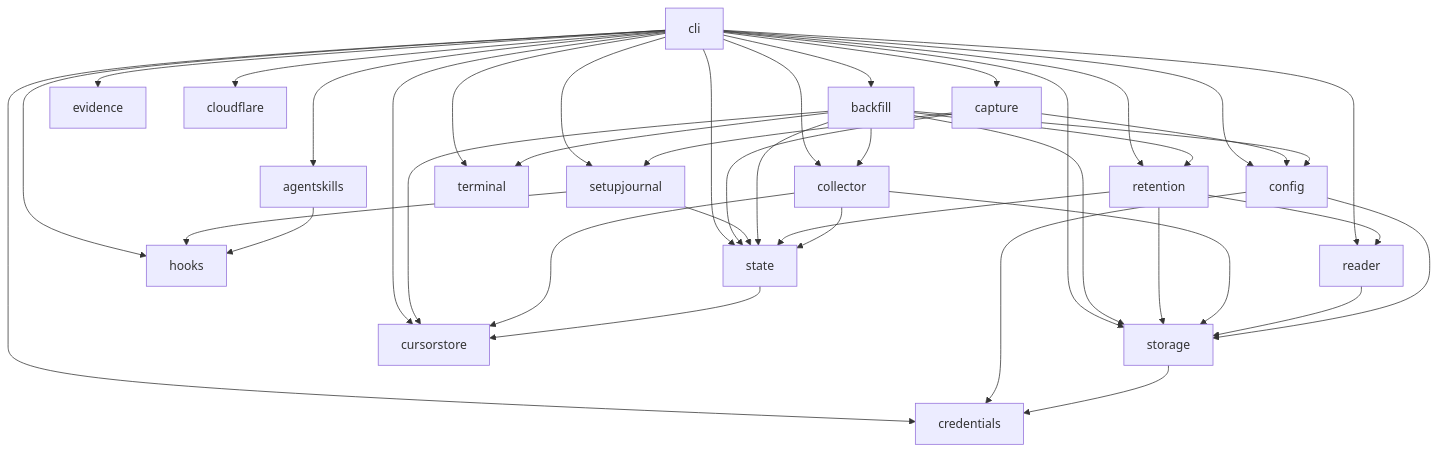
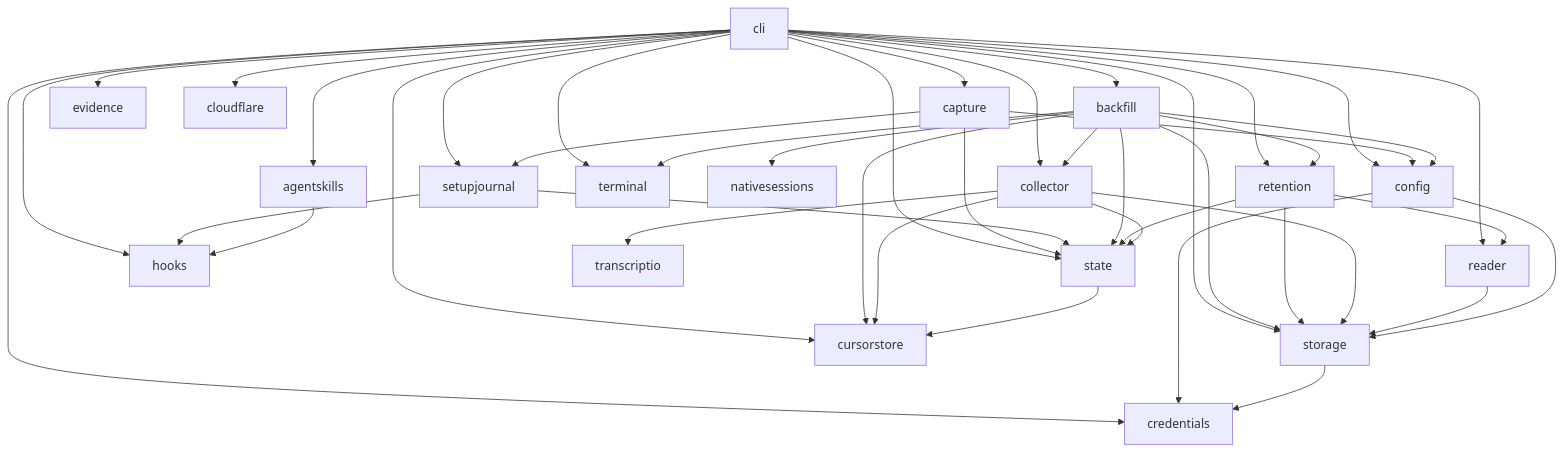
Before and after one commit to wangjohn/agent-archive: the second of 2 diagrams in dev/contributing/architecture.md, drawn with Mermaid. The commit also changed other lines of this file and 12 other files, not shown here.

````diff
--- a/dev/contributing/architecture.md
+++ b/dev/contributing/architecture.md
@@ -88,15 +90,15 @@
 ```mermaid
 flowchart TD
   cli --> capture & setupjournal & backfill & collector & retention & reader & hooks & evidence & agentskills
   cli --> config & state & storage & credentials & cloudflare & cursorstore & terminal
   capture --> setupjournal & config & state
   setupjournal --> hooks & state
   agentskills --> hooks
-  backfill --> collector & retention & config & state & storage & cursorstore & terminal
+  backfill --> nativesessions & collector & retention & config & state & storage & cursorstore & terminal
   retention --> reader & state & storage
-  collector --> state & storage & cursorstore
+  collector --> transcriptio & state & storage & cursorstore
   reader --> storage
   config --> credentials & storage
   state --> cursorstore
   storage --> credentials
 ```
````
